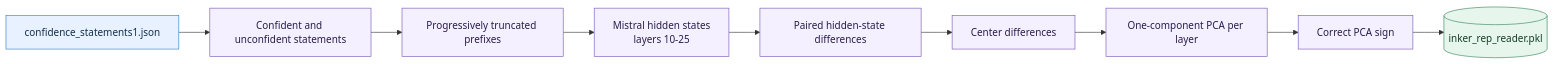
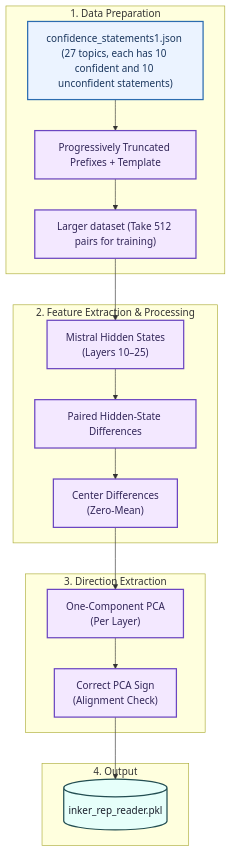
The first of 2 diagrams in README.md (TalaChehade/confidence-detector), drawn with Mermaid before and after one commit. The commit also changed other lines of this file, not shown here.

````diff
--- a/README.md
+++ b/README.md
@@ -15,18 +13,33 @@
 ```mermaid
-flowchart LR
-    A[confidence_statements1.json] --> B[Confident and unconfident statements]
-    B --> C[Progressively truncated prefixes]
-    C --> D[Mistral hidden states<br/>layers 10-25]
-    D --> E[Paired hidden-state differences]
-    E --> F[Center differences]
-    F --> G[One-component PCA per layer]
-    G --> H[Correct PCA sign]
-    H --> I[(inker_rep_reader.pkl)]
+flowchart TD
+    subgraph Data ["1. Data Preparation"]
+        A["confidence_statements1.json (27 topics, each has 10 confident and 10 unconfident statements)"]
+        B["Progressively Truncated Prefixes + Template"]
+        C["Larger dataset (Take 512 pairs for training)"]
+    end
 
-    classDef input fill:#e8f1ff,stroke:#377dbe,color:#12304a;
-    classDef process fill:#f4f0ff,stroke:#7957b8,color:#2b1d4d;
-    classDef output fill:#e7f6ed,stroke:#37845a,color:#153d25;
+    subgraph Feature ["2. Feature Extraction & Processing"]
+        D["Mistral Hidden States\n(Layers 10–25)"]
+        E["Paired Hidden-State Differences"]
+        F["Center Differences\n(Zero-Mean)"]
+    end
+
+    subgraph Direction ["3. Direction Extraction"]
+        G["One-Component PCA\n(Per Layer)"]
+        H["Correct PCA Sign\n(Alignment Check)"]
+    end
+
+    subgraph Storage ["4. Output"]
+        I[("inker_rep_reader.pkl")]
+    end
+
+    A --> B --> C --> D --> E --> F --> G --> H --> I
+
+    classDef input fill:#EBF3FF,stroke:#2B6CB0,color:#1A365D,stroke-width:2px;
+    classDef process fill:#F3E8FF,stroke:#6B46C1,color:#322659,stroke-width:2px;
+    classDef output fill:#E6FFFA,stroke:#234E52,color:#1A202C,stroke-width:2px;
+    
     class A input;
     class B,C,D,E,F,G,H process;
     class I output;
 ```
````
